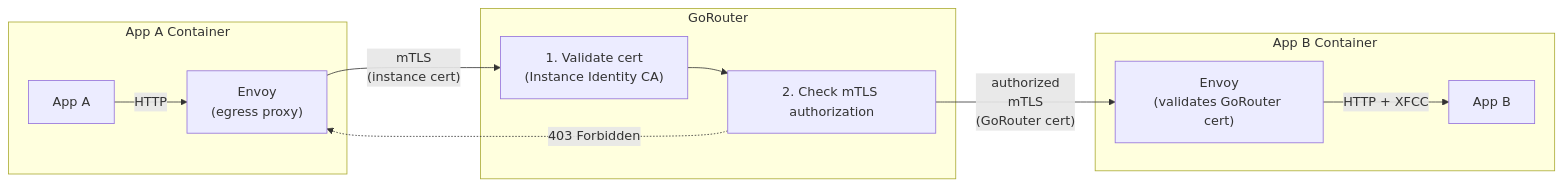
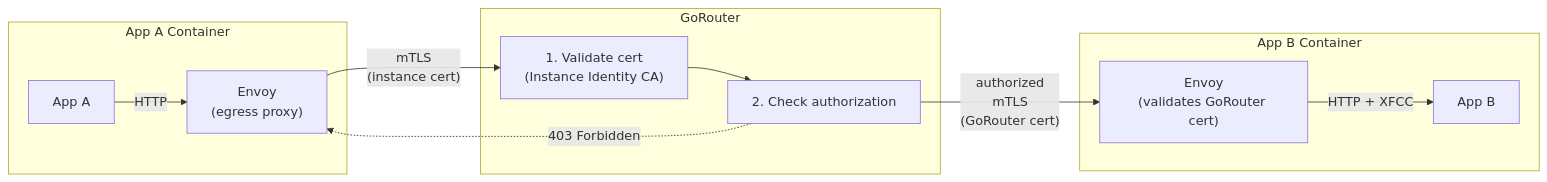
One commit to cloudfoundry/community changed the diagram in toc/rfc/rfc-draft-app-to-app-mtls-routing.md. Above: the diagram before and after it, drawn with Mermaid. The commit also changed other lines of this file, not shown here.

````diff
--- a/toc/rfc/rfc-draft-app-to-app-mtls-routing.md
+++ b/toc/rfc/rfc-draft-app-to-app-mtls-routing.md
@@ -37,24 +51,24 @@
 ```mermaid
 flowchart LR
     subgraph "App A Container"
         AppA["App A"]
         ProxyA["Envoy<br/>(egress proxy)"]
     end
     
     subgraph "GoRouter"
         GR["1. Validate cert<br/>(Instance Identity CA)"]
-        Auth["2. Check mTLS authorization"]
+        Auth["2. Check authorization"]
     end
     
     subgraph "App B Container"
         ProxyB["Envoy<br/>(validates GoRouter cert)"]
         AppB["App B"]
     end
     
     AppA -->|"HTTP"| ProxyA
     ProxyA -->|"mTLS<br/>(instance cert)"| GR
     GR --> Auth
     Auth -->|"authorized<br/>mTLS<br/>(GoRouter cert)"| ProxyB
     Auth -.->|"403 Forbidden"| ProxyA
     ProxyB -->|"HTTP + XFCC"| AppB
 ```
````
